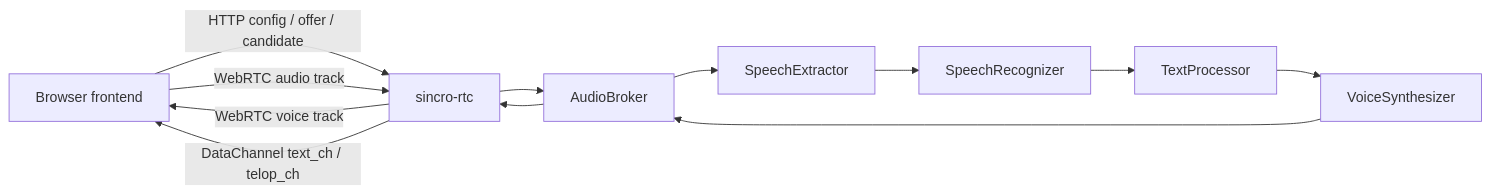
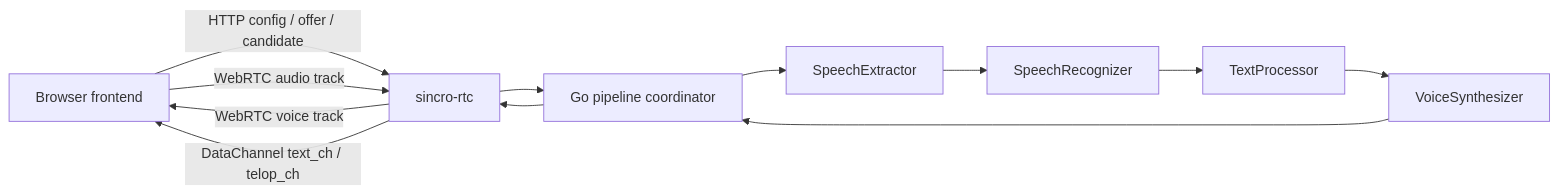
The diagram in documents/design/architecture/overview.md (Sincromisor/Sincromisor), drawn with Mermaid before and after one commit. The commit also changed other lines of this file and 19 other files, not shown here.

````diff
--- a/documents/design/architecture/overview.md
+++ b/documents/design/architecture/overview.md
@@ -31,14 +31,14 @@
 ```mermaid
 flowchart LR
     Browser["Browser frontend"] -->|HTTP config / offer / candidate| RTC["sincro-rtc"]
     Browser -->|WebRTC audio track| RTC
-    RTC --> Broker["AudioBroker"]
+    RTC --> Broker["Go pipeline coordinator"]
     Broker --> Extractor["SpeechExtractor"]
     Extractor --> Recognizer["SpeechRecognizer"]
     Recognizer --> TextProcessor["TextProcessor"]
     TextProcessor --> Synthesizer["VoiceSynthesizer"]
     Synthesizer --> Broker
     Broker --> RTC
     RTC -->|WebRTC voice track| Browser
     RTC -->|DataChannel text_ch / telop_ch| Browser
 ```
````
